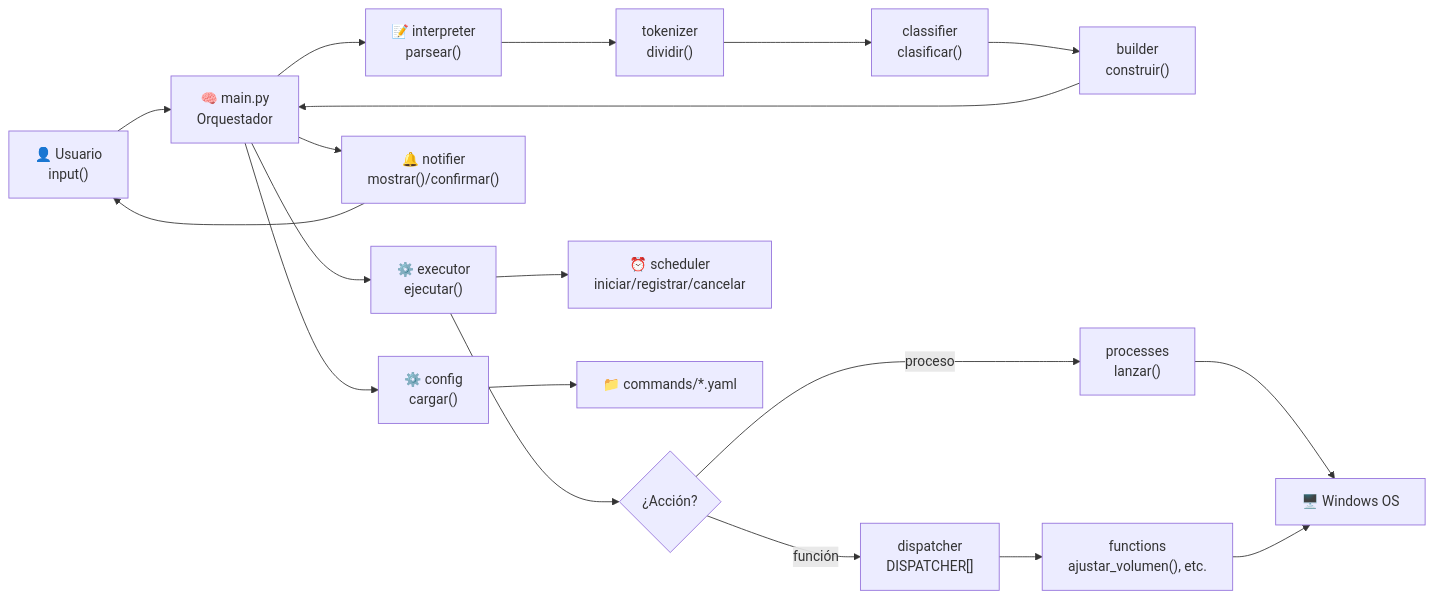
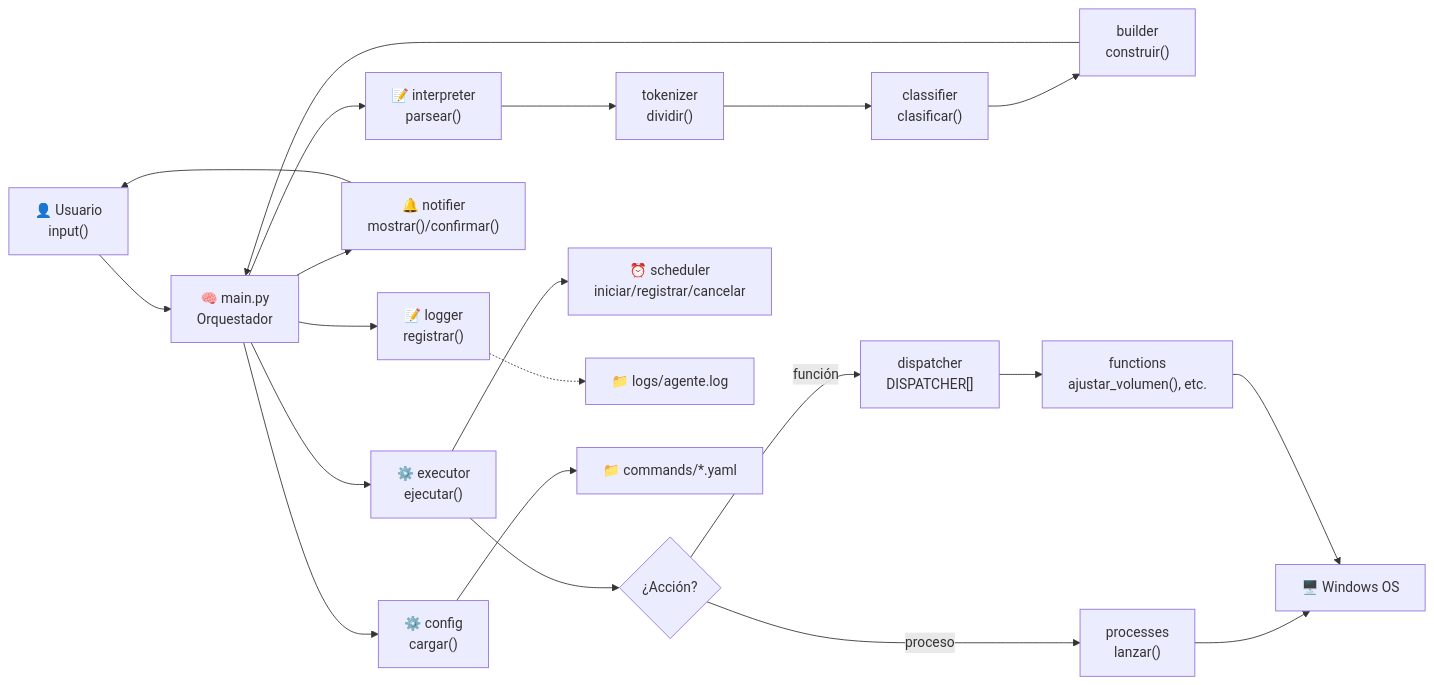
Before and after one commit to AlejandroGuevara-hub/Own_Agent: the first of 3 diagrams in spec/architecture.md, drawn with Mermaid. The commit also changed other lines of this file and 4 other files, not shown here.

````diff
--- a/spec/architecture.md
+++ b/spec/architecture.md
@@ -5,21 +5,23 @@
 ```mermaid
 flowchart LR
     A["👤 Usuario<br/>input()"] --> B["🧠 main.py<br/>Orquestador"]
     B --> C["📝 interpreter<br/>parsear()"]
     C --> C1["tokenizer<br/>dividir()"]
     C1 --> C2["classifier<br/>clasificar()"]
     C2 --> C3["builder<br/>construir()"]
     C3 --> B
     B --> D["⚙️ executor<br/>ejecutar()"]
     D --> D1{"¿Acción?"}
     D1 -->|"proceso"| D2["processes<br/>lanzar()"]
     D1 -->|"función"| D3["dispatcher<br/>DISPATCHER[]"]
     D3 --> D4["functions<br/>ajustar_volumen(), etc."]
     D2 --> OS["🖥️ Windows OS"]
     D4 --> OS
     D --> E["⏰ scheduler<br/>iniciar/registrar/cancelar"]
     B --> F["🔔 notifier<br/>mostrar()/confirmar()"]
     F --> A
+    B --> L["📝 logger<br/>registrar()"]
+    L -.-> LOG["📁 logs/agente.log"]
     B --> G["⚙️ config<br/>cargar()"]
     G --> H["📁 commands/*.yaml"]
 ```
````
